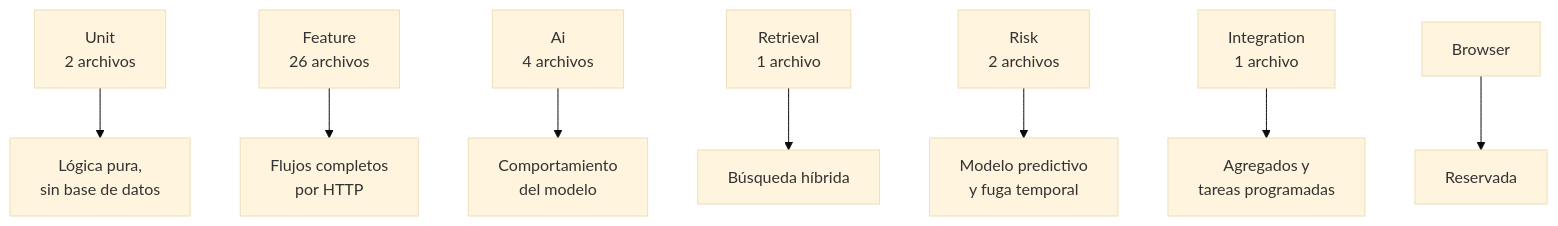
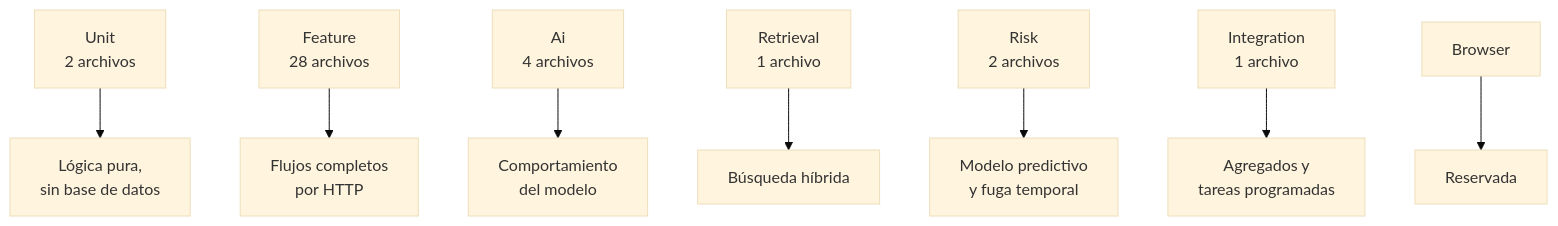
The first of 2 diagrams in docs/tecnica/12-pruebas-y-calidad.md (75220834-cloud/PROYECTO-TALLER-DE-INV.-1), drawn with Mermaid (base theme) before and after one commit. The commit also changed other lines of this file and 47 other files, not shown here.

````diff
--- a/docs/tecnica/12-pruebas-y-calidad.md
+++ b/docs/tecnica/12-pruebas-y-calidad.md
@@ -24,10 +24,10 @@
 ```mermaid
 graph TB
     U["Unit<br/>2 archivos"] --> D["Lógica pura,<br/>sin base de datos"]
-    F["Feature<br/>26 archivos"] --> E["Flujos completos<br/>por HTTP"]
+    F["Feature<br/>28 archivos"] --> E["Flujos completos<br/>por HTTP"]
     A["Ai<br/>4 archivos"] --> G["Comportamiento<br/>del modelo"]
     R["Retrieval<br/>1 archivo"] --> H["Búsqueda híbrida"]
     RI["Risk<br/>2 archivos"] --> I["Modelo predictivo<br/>y fuga temporal"]
     IN["Integration<br/>1 archivo"] --> J["Agregados y<br/>tareas programadas"]
     B["Browser"] --> K["Reservada"]
 ```
````
